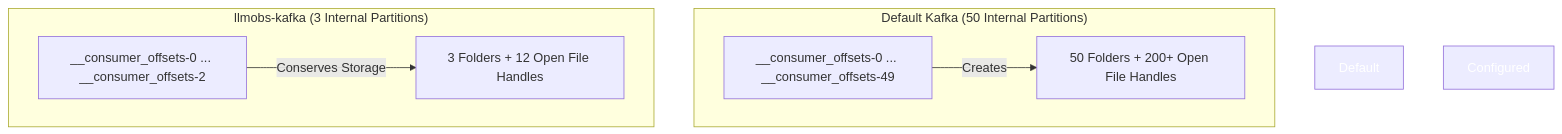
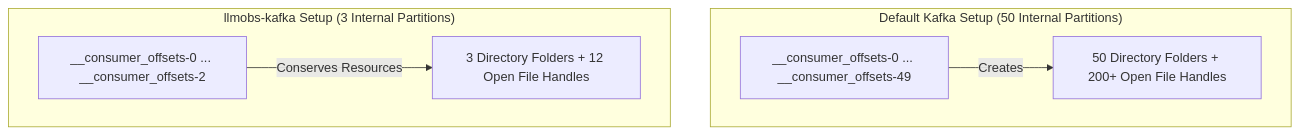
Before and after one commit to Chief-Strategist-J/llm-obs-infra: the tenth of 12 diagrams in docs/configDoc/kafka-configuration-guide.md, drawn with Mermaid. The commit also changed other lines of this file, not shown here.

Commit message:
docs(kafka): fix Mermaid diagram rendering syntax and convert parameter breakdowns to structured Markdown tables

````diff
--- a/docs/configDoc/kafka-configuration-guide.md
+++ b/docs/configDoc/kafka-configuration-guide.md
@@ -377,15 +267,12 @@
 ```mermaid
 graph TD
-    subgraph Default Setup ["Default Kafka (50 Internal Partitions)"]
+    subgraph Default Setup ["Default Kafka Setup (50 Internal Partitions)"]
         D1["__consumer_offsets-0 ... __consumer_offsets-49"]
-        D1 -->|Creates| F1["50 Folders + 200+ Open File Handles"]
+        D1 -->|Creates| F1["50 Directory Folders + 200+ Open File Handles"]
     end
 
-    subgraph Configured Setup ["llmobs-kafka (3 Internal Partitions)"]
+    subgraph Configured Setup ["llmobs-kafka Setup (3 Internal Partitions)"]
         C1["__consumer_offsets-0 ... __consumer_offsets-2"]
-        C1 -->|Conserves Storage| F2["3 Folders + 12 Open File Handles"]
+        C1 -->|Conserves Resources| F2["3 Directory Folders + 12 Open File Handles"]
     end
-
-    style Default Setup fill:#400000,color:#fff
-    style Configured Setup fill:#004000,color:#fff
 ```
````
